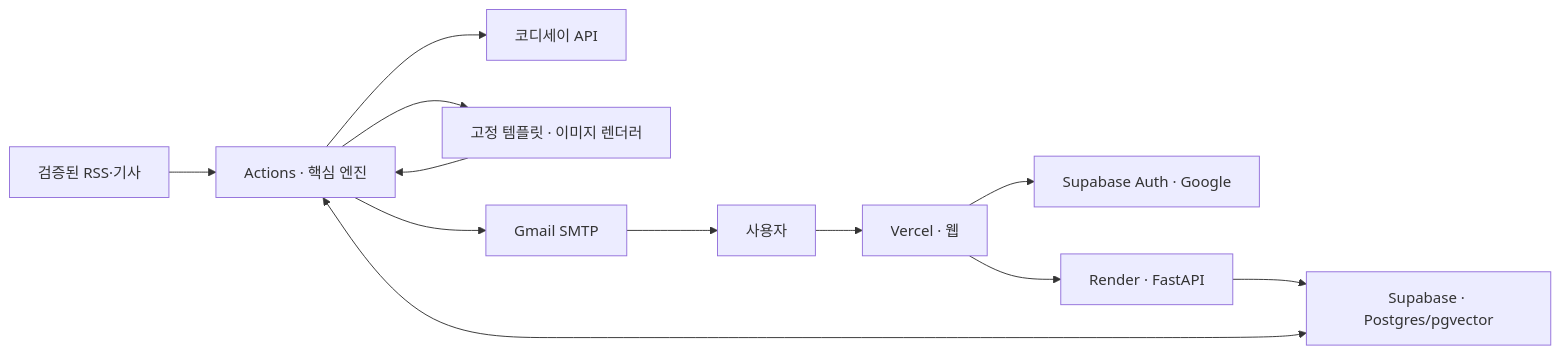
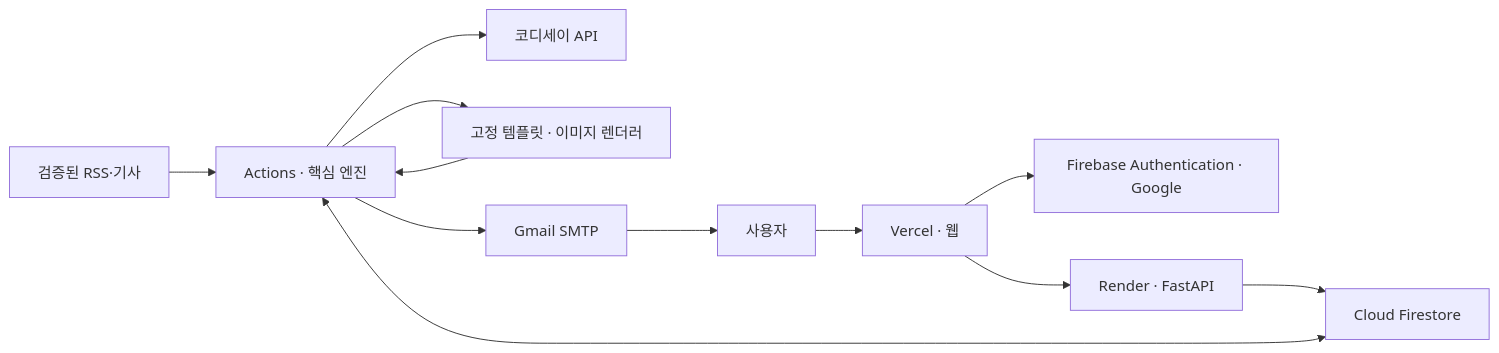
Before and after one commit to contest-p/ai-news-card: the second of 3 diagrams in docs/02_공통_PRD_개인화_뉴스_브리핑_v0.3.md, drawn with Mermaid. The commit also changed other lines of this file and 11 other files, not shown here.

Commit message:
Align PRDs and frontend authentication with Firebase

````diff
--- a/docs/02_공통_PRD_개인화_뉴스_브리핑_v0.3.md
+++ b/docs/02_공통_PRD_개인화_뉴스_브리핑_v0.3.md
@@ -210,14 +211,14 @@
 ```mermaid
 flowchart LR
   U[사용자] --> WEB[Vercel · 웹]
-  WEB --> AUTH[Supabase Auth · Google]
+  WEB --> AUTH[Firebase Authentication · Google]
   WEB --> API[Render · FastAPI]
-  API --> DB[Supabase · Postgres/pgvector]
+  API --> DB[Cloud Firestore]
   RSS[검증된 RSS·기사] --> ENG[Actions · 핵심 엔진]
   ENG <--> DB
   ENG --> LLM[코디세이 API]
   ENG --> IMG[고정 템플릿 · 이미지 렌더러]
   IMG --> ENG
   ENG --> SMTP[Gmail SMTP]
   SMTP --> U
 ```
````
